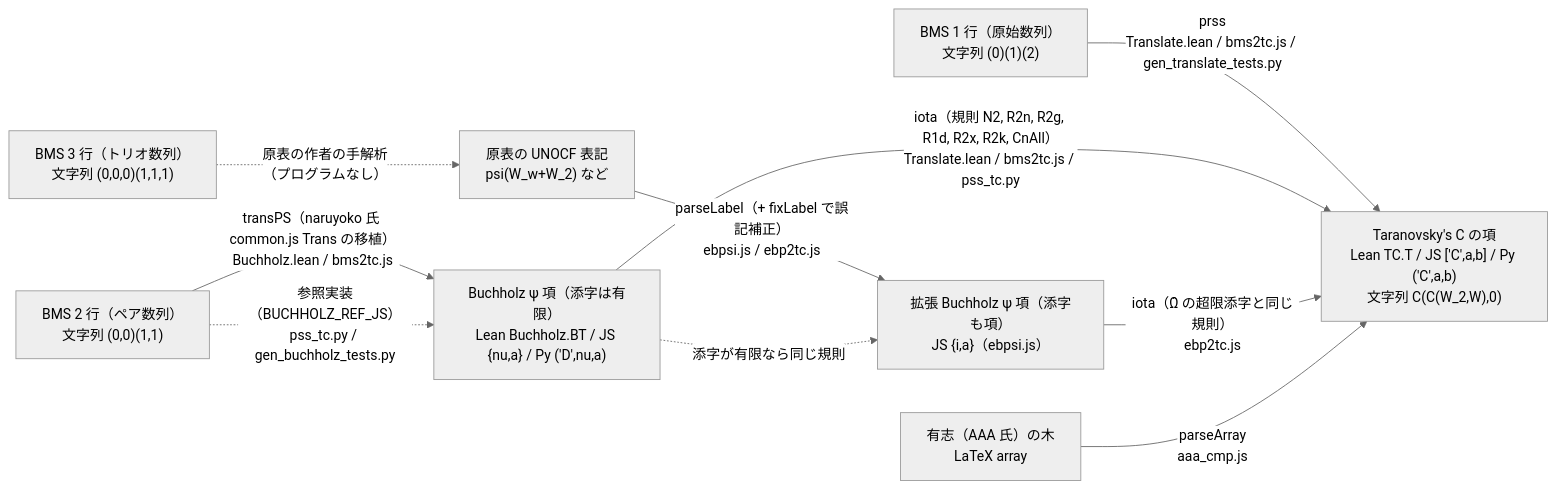
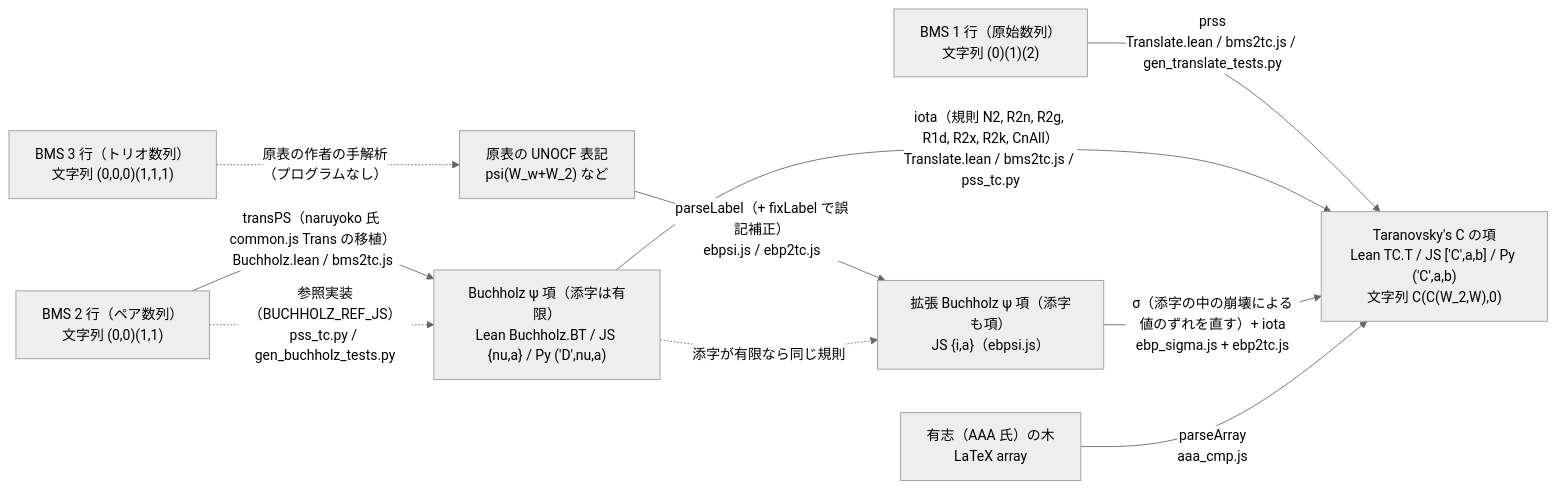
The first of 4 diagrams in tools/README.md (koteitan/bms-vs-taranovskys-c), drawn with Mermaid (neutral theme) before and after one commit. The commit also changed other lines of this file and 14 other files, not shown here.

First line of the commit message:
v0.1.10/translate 3-row rows by f = iota(sigma(t))

````diff
--- a/tools/README.md
+++ b/tools/README.md
@@ -10,21 +10,21 @@
 ```mermaid
 flowchart LR
   BMS1["BMS 1 行（原始数列）<br/>文字列 (0)(1)(2)"]
   BMS2["BMS 2 行（ペア数列）<br/>文字列 (0,0)(1,1)"]
   BMS3["BMS 3 行（トリオ数列）<br/>文字列 (0,0,0)(1,1,1)"]
   LABEL["原表の UNOCF 表記<br/>psi(W_w+W_2) など"]
   BT["Buchholz ψ 項（添字は有限）<br/>Lean Buchholz.BT / JS {nu,a} / Py ('D',nu,a)"]
   EBP["拡張 Buchholz ψ 項（添字も項）<br/>JS {i,a}（ebpsi.js）"]
   TC["Taranovsky's C の項<br/>Lean TC.T / JS ['C',a,b] / Py ('C',a,b)<br/>文字列 C(C(W_2,W),0)"]
   AAA["有志（AAA 氏）の木<br/>LaTeX array"]
 
   BMS1 -->|"prss<br/>Translate.lean / bms2tc.js / gen_translate_tests.py"| TC
   BMS2 -->|"transPS（naruyoko 氏 common.js Trans の移植）<br/>Buchholz.lean / bms2tc.js"| BT
   BMS2 -.->|"参照実装（BUCHHOLZ_REF_JS）<br/>pss_tc.py / gen_buchholz_tests.py"| BT
   BT -->|"iota（規則 N2, R2n, R2g, R1d, R2x, R2k, CnAll）<br/>Translate.lean / bms2tc.js / pss_tc.py"| TC
   BMS3 -.->|"原表の作者の手解析<br/>（プログラムなし）"| LABEL
   LABEL -->|"parseLabel（+ fixLabel で誤記補正）<br/>ebpsi.js / ebp2tc.js"| EBP
-  EBP -->|"iota（Ω̂ の超限添字と同じ規則）<br/>ebp2tc.js"| TC
+  EBP -->|"σ（添字の中の崩壊による値のずれを直す）+ iota<br/>ebp_sigma.js + ebp2tc.js"| TC
   BT -.->|"添字が有限なら同じ規則"| EBP
   AAA -->|"parseArray<br/>aaa_cmp.js"| TC
 ```
````
